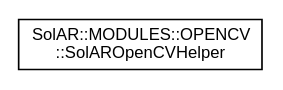
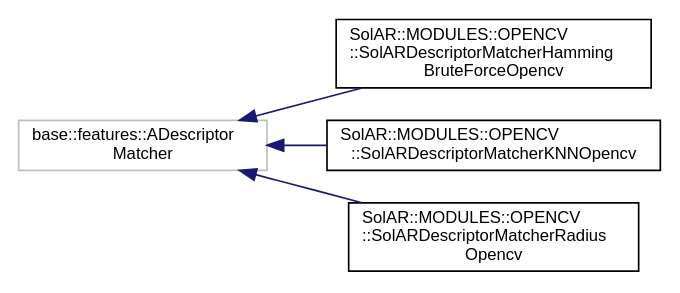
Before and after one commit to SolarFramework/solarframework.github.io: the diagram in api_module_documentation/inherit_graph_7.dot, drawn with Graphviz. The commit also changed 64 other files, not shown here.

```diff
--- a/api_module_documentation/inherit_graph_7.dot
+++ b/api_module_documentation/inherit_graph_7.dot
@@ -1,8 +1,14 @@
 digraph "Graphical Class Hierarchy"
 {
  // LATEX_PDF_SIZE
   edge [fontname="Helvetica",fontsize="10",labelfontname="Helvetica",labelfontsize="10"];
   node [fontname="Helvetica",fontsize="10",shape=record];
   rankdir="LR";
-  Node0 [label="SolAR::MODULES::OPENCV\l::SolAROpenCVHelper",height=0.2,width=0.4,color="black", fillcolor="white", style="filled",URL="$class_sol_a_r_1_1_m_o_d_u_l_e_s_1_1_o_p_e_n_c_v_1_1_sol_a_r_open_c_v_helper.html",tooltip="A toolbox to convert OpenCV structures to SolAR structures and respectively."];
+  Node3 [label="base::features::ADescriptor\lMatcher",height=0.2,width=0.4,color="grey75", fillcolor="white", style="filled",tooltip=" "];
+  Node3 -> Node0 [dir="back",color="midnightblue",fontsize="10",style="solid",fontname="Helvetica"];
+  Node0 [label="SolAR::MODULES::OPENCV\l::SolARDescriptorMatcherHamming\lBruteForceOpencv",height=0.2,width=0.4,color="black", fillcolor="white", style="filled",URL="$class_sol_a_r_1_1_m_o_d_u_l_e_s_1_1_o_p_e_n_c_v_1_1_sol_a_r_descriptor_matcher_hamming_brute_force_opencv.html",tooltip="Matches descriptors based on a Hamming distance and selects the best matches of each descriptor...."];
+  Node3 -> Node5 [dir="back",color="midnightblue",fontsize="10",style="solid",fontname="Helvetica"];
+  Node5 [label="SolAR::MODULES::OPENCV\l::SolARDescriptorMatcherKNNOpencv",height=0.2,width=0.4,color="black", fillcolor="white", style="filled",URL="$class_sol_a_r_1_1_m_o_d_u_l_e_s_1_1_o_p_e_n_c_v_1_1_sol_a_r_descriptor_matcher_k_n_n_opencv.html",tooltip="Matches descriptors and selects k best matches for each descriptor. UUID: 7823dac8-1597-41cf-bdef-59a..."];
+  Node3 -> Node6 [dir="back",color="midnightblue",fontsize="10",style="solid",fontname="Helvetica"];
+  Node6 [label="SolAR::MODULES::OPENCV\l::SolARDescriptorMatcherRadius\lOpencv",height=0.2,width=0.4,color="black", fillcolor="white", style="filled",URL="$class_sol_a_r_1_1_m_o_d_u_l_e_s_1_1_o_p_e_n_c_v_1_1_sol_a_r_descriptor_matcher_radius_opencv.html",tooltip="Matches descriptors and selects all matches not farther than a specified distance...."];
 }
```
